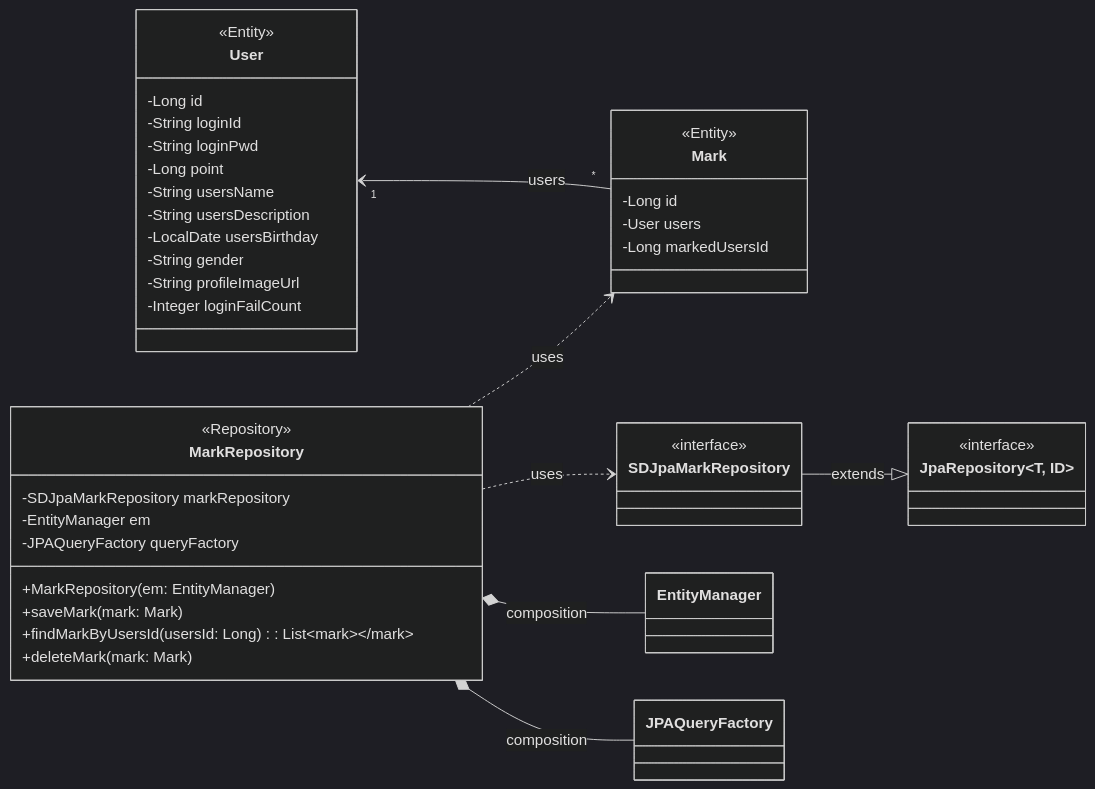
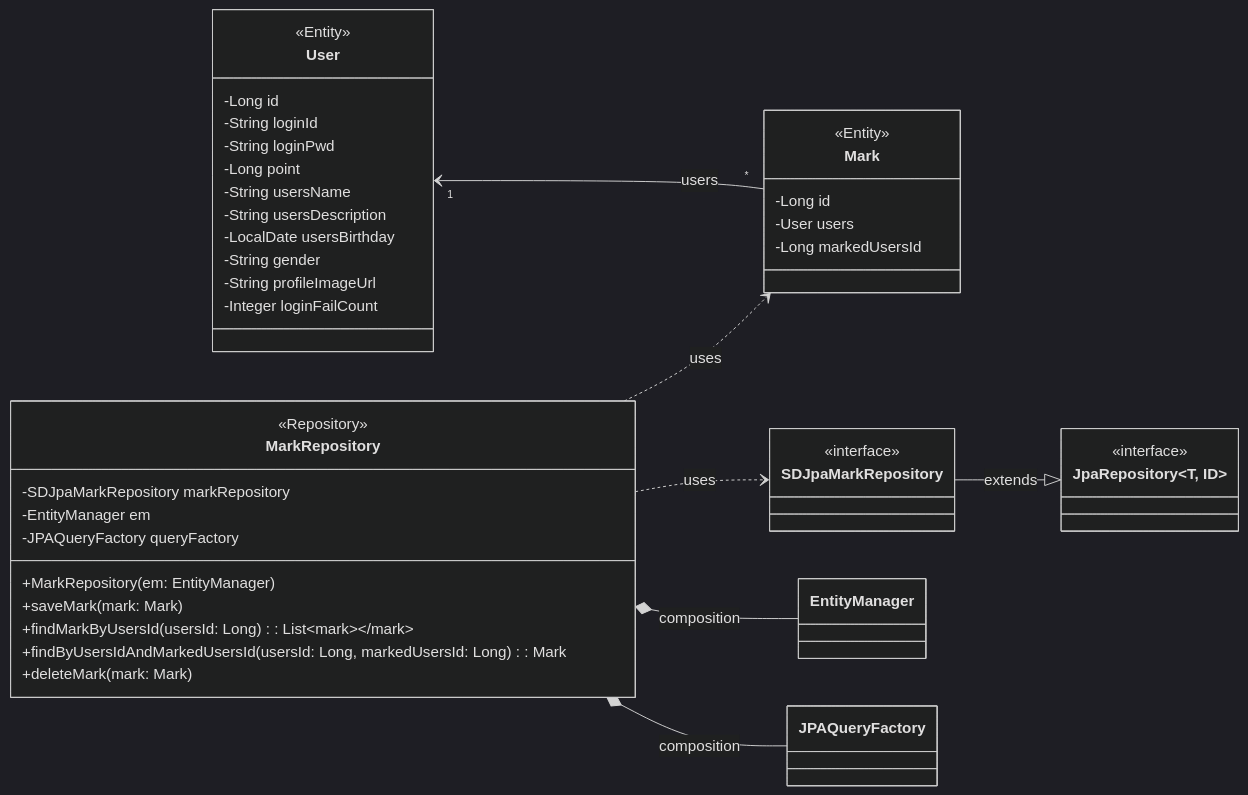
One commit to imTeakMin/GameMate changed the diagram in backend/classDiagram/markDiagram.md. Above: the diagram before and after it, drawn with Mermaid (dark theme). The commit also changed other lines of this file and 4 other files, not shown here.

Commit message:
feat: GameMateRepository, MarkRepository 기능 추가 및 다이어그램 수정 GamemateRepository -> findGamematesByUsersName 함수 추가 MarkRepository -> findByUsersIdAndMarkedUsersId 함수 추가

````diff
--- a/backend/classDiagram/markDiagram.md
+++ b/backend/classDiagram/markDiagram.md
@@ -2,61 +2,62 @@
 ```mermaid
 
 classDiagram
     direction LR
 
     class MarkRepository {
         <<Repository>>
         -SDJpaMarkRepository markRepository
         -EntityManager em
         -JPAQueryFactory queryFactory
         +MarkRepository(em: EntityManager)
         +saveMark(mark: Mark)
         +findMarkByUsersId(usersId: Long): List<Mark>
+        +findByUsersIdAndMarkedUsersId(usersId: Long, markedUsersId: Long): Mark
         +deleteMark(mark: Mark)
     }
 
     class Mark {
         <<Entity>>
         -Long id
         -User users
         -Long markedUsersId
     }
 
     class User {
         <<Entity>>
         -Long id
         -String loginId
         -String loginPwd
         -Long point
         -String usersName
         -String usersDescription
         -LocalDate usersBirthday
         -String gender
         -String profileImageUrl
         -Integer loginFailCount
     }
 
     class SDJpaMarkRepository {
         <<interface>>
     }
 
     class EntityManager {
     }
 
     class JPAQueryFactory {
     }
 
     class JpaRepository~T, ID~ {
         <<interface>>
     }
 
     %% Relationships
     SDJpaMarkRepository --|> JpaRepository : extends
     MarkRepository ..> SDJpaMarkRepository : uses
     MarkRepository *-- EntityManager : composition
     MarkRepository *-- JPAQueryFactory : composition
     MarkRepository ..> Mark : uses
     
     User "1" <-- "*" Mark : users
 
 ```
````
